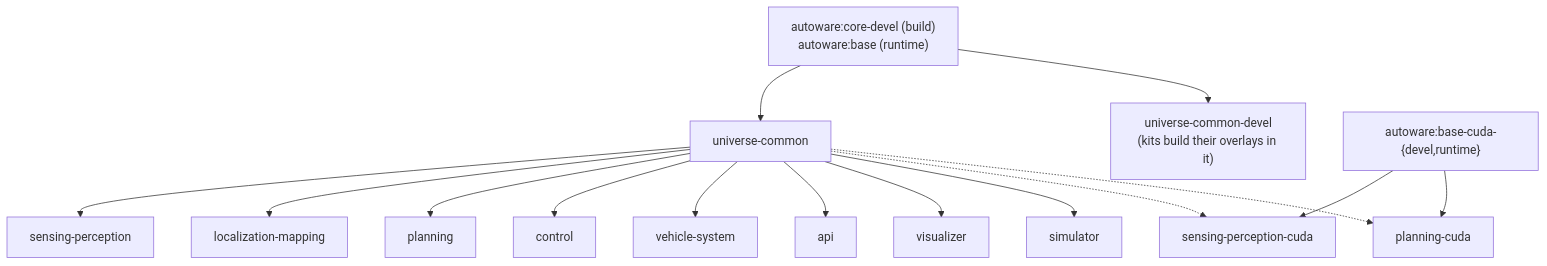
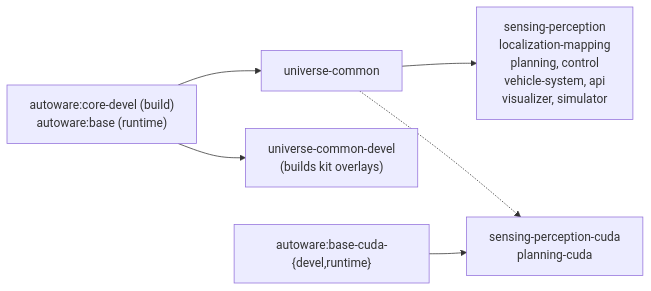
Before and after one commit to oguzkaganozt/openadkit: the diagram in docs/includes/build-pipeline.md, drawn with Mermaid. The commit also changed 49 other files, not shown here.

First line of the commit message:
docs: make the docs leaner and easier to navigate before 2.0, and move planned work from the roadmap to issues (#104)

````diff
--- a/docs/includes/build-pipeline.md
+++ b/docs/includes/build-pipeline.md
@@ -1,18 +1,8 @@
 ```mermaid
-flowchart TB
+flowchart LR
     CORE["autoware:core-devel (build)<br/>autoware:base (runtime)"] --> UC["universe-common"]
-    CORE --> UCD["universe-common-devel<br/>(kits build their overlays in it)"]
-    CUDA["autoware:base-cuda-{devel,runtime}"] --> SPC["sensing-perception-cuda"]
-    CUDA --> PLC["planning-cuda"]
-
-    UC --> SP["sensing-perception"]
-    UC --> LM["localization-mapping"]
-    UC --> PLN["planning"]
-    UC --> CTL["control"]
-    UC --> VS["vehicle-system"]
-    UC --> API["api"]
-    UC --> VIZ["visualizer"]
-    UC --> SIM["simulator"]
-    UC -.-> SPC
-    UC -.-> PLC
+    CORE --> UCD["universe-common-devel<br/>(builds kit overlays)"]
+    UC --> COMP["sensing-perception<br/>localization-mapping<br/>planning, control<br/>vehicle-system, api<br/>visualizer, simulator"]
+    CUDA["autoware:base-cuda-{devel,runtime}"] --> GPU["sensing-perception-cuda<br/>planning-cuda"]
+    UC -.-> GPU
 ```
````
